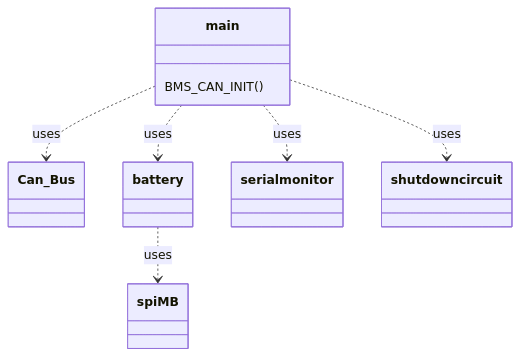
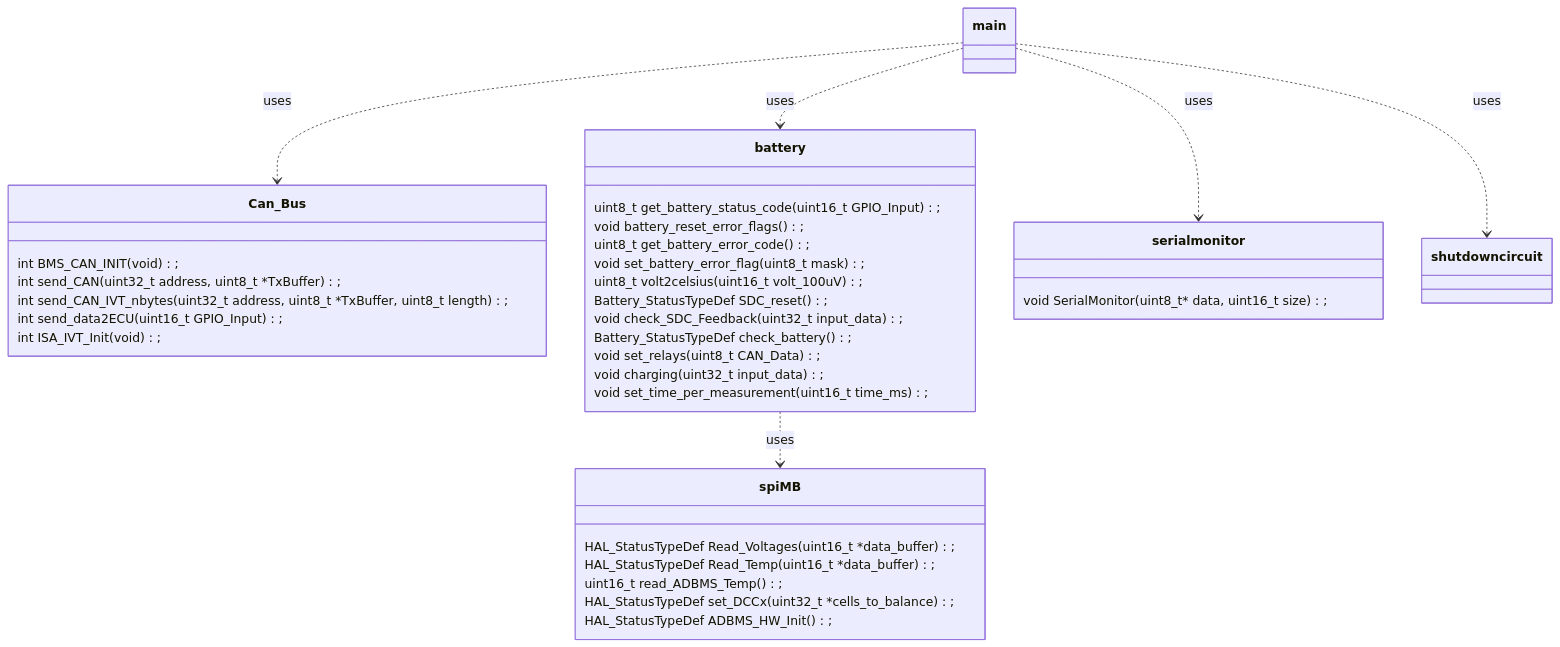
Before and after one commit to renolluc/BMS_zephyr: the third of 3 diagrams in README.md, drawn with Mermaid.

Commit message:
added pub function from classes some are on old code base (mostly battery)

````diff
--- a/README.md
+++ b/README.md
@@ -116,23 +116,48 @@
 ```mermaid
 classDiagram
 
     class main
-    main: BMS_CAN_INIT()
 
-    class Can_Bus
+    class Can_Bus{
+        int BMS_CAN_INIT(void);
+        int send_CAN(uint32_t address, uint8_t *TxBuffer);
+        int send_CAN_IVT_nbytes(uint32_t address, uint8_t *TxBuffer, uint8_t length);
+        int send_data2ECU(uint16_t GPIO_Input);
+        int ISA_IVT_Init(void);
+    }
 
-    class spiMB
+    class spiMB{
+        HAL_StatusTypeDef Read_Voltages(uint16_t *data_buffer);
+        HAL_StatusTypeDef Read_Temp(uint16_t *data_buffer);
+        uint16_t read_ADBMS_Temp();
+        HAL_StatusTypeDef set_DCCx(uint32_t *cells_to_balance);
+        HAL_StatusTypeDef ADBMS_HW_Init();
+    }
 
-    class battery
+    class battery{
+        uint8_t get_battery_status_code(uint16_t GPIO_Input);
+        void battery_reset_error_flags();
+        uint8_t get_battery_error_code();
+        void set_battery_error_flag(uint8_t mask);
+        uint8_t volt2celsius(uint16_t volt_100uV);
+        Battery_StatusTypeDef SDC_reset();
+        void check_SDC_Feedback(uint32_t input_data);
+        Battery_StatusTypeDef check_battery();
+        void set_relays(uint8_t CAN_Data);
+        void charging(uint32_t input_data);
+        void set_time_per_measurement(uint16_t time_ms);
+    }
 
-    class serialmonitor
+    class serialmonitor{
+        void SerialMonitor(uint8_t* data, uint16_t size);
+    }
 
     class shutdowncircuit
 
     main ..> battery : uses
     main ..> Can_Bus : uses
     main ..> serialmonitor : uses
     main ..> shutdowncircuit : uses
     battery ..> spiMB : uses
 
 ```
````
